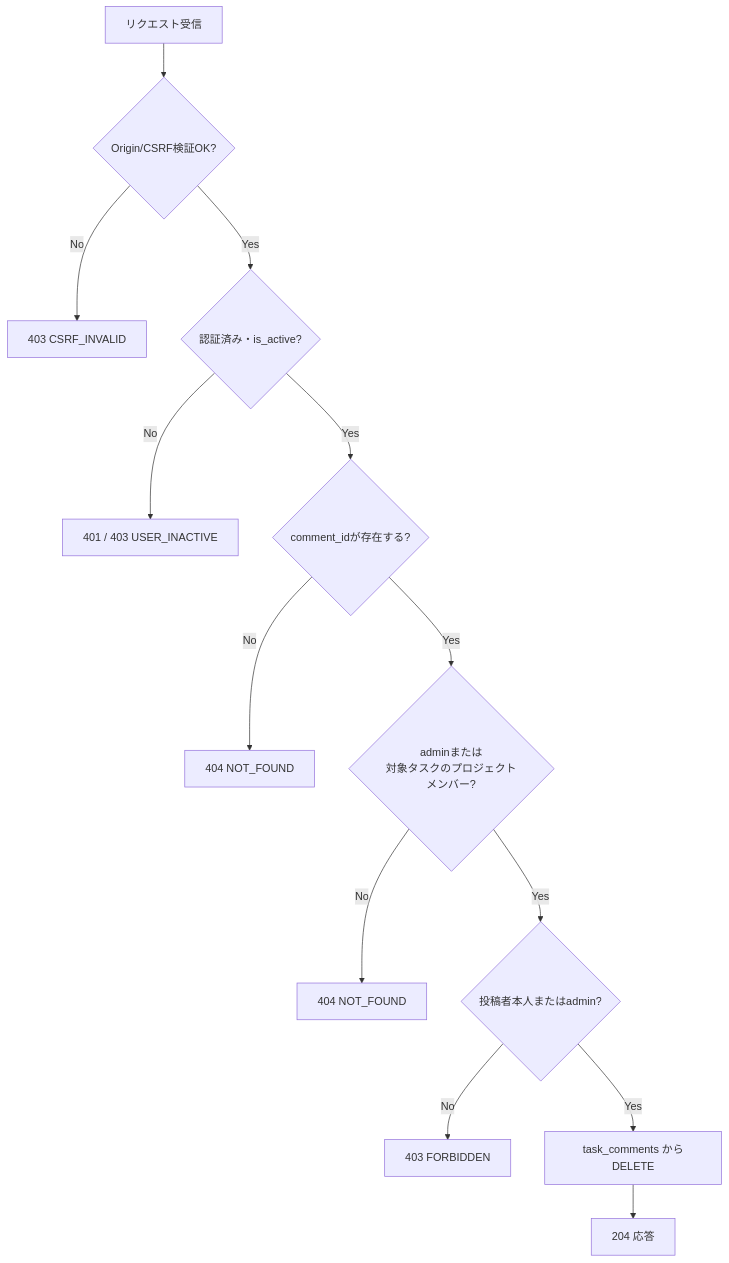
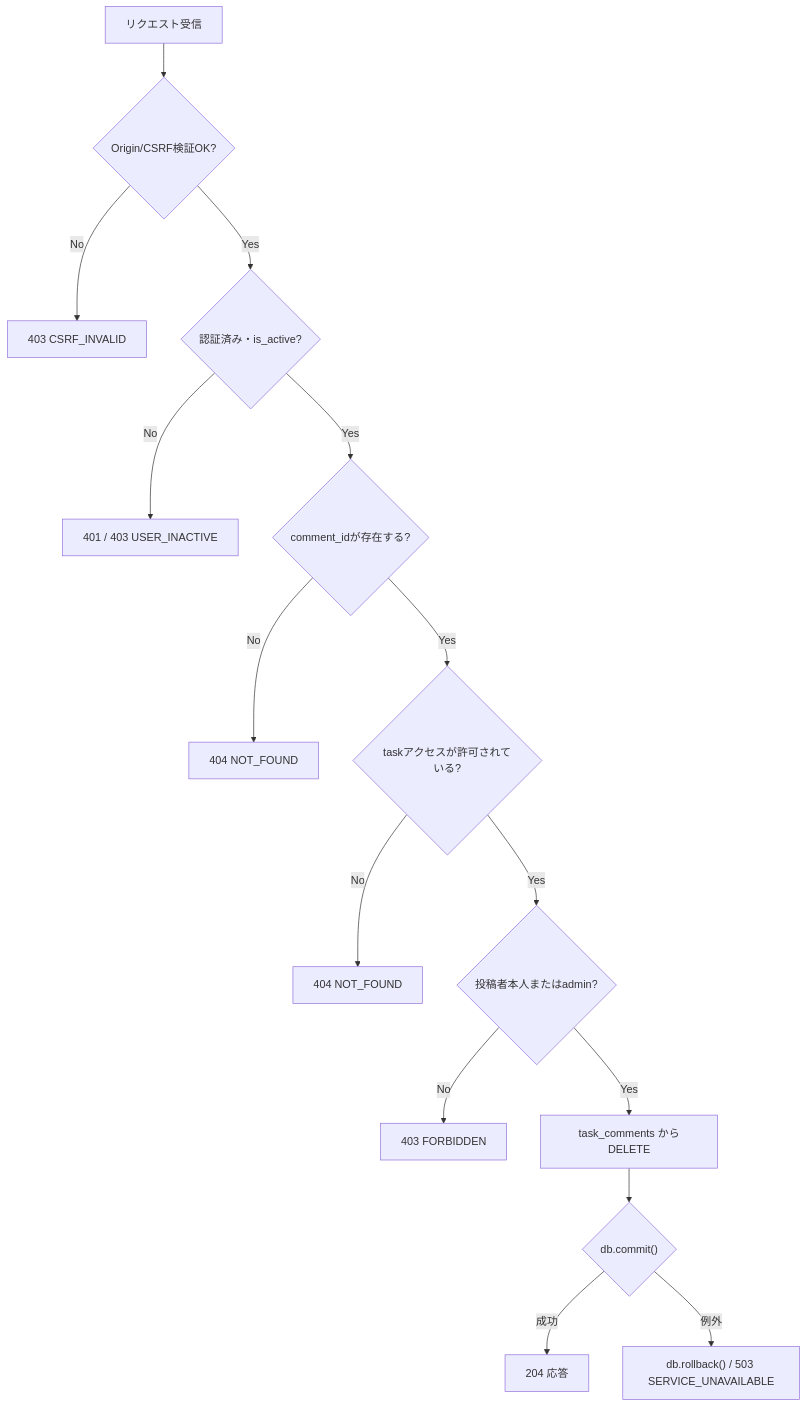
The second of 4 diagrams in docs/detailed_design/api/tasks/09_delete_comment.md (oikawa-d/task_management), drawn with Mermaid before and after one commit. The commit also changed other lines of this file and 2 other files, not shown here.

````diff
--- a/docs/detailed_design/api/tasks/09_delete_comment.md
+++ b/docs/detailed_design/api/tasks/09_delete_comment.md
@@ -123,15 +123,17 @@
 ```mermaid
 flowchart TB
     A["リクエスト受信"] --> B{"Origin/CSRF検証OK?"}
     B -->|"No"| B1["403 CSRF_INVALID"]
     B -->|"Yes"| C{"認証済み・is_active?"}
     C -->|"No"| C1["401 / 403 USER_INACTIVE"]
     C -->|"Yes"| D{"comment_idが存在する?"}
     D -->|"No"| D1["404 NOT_FOUND"]
-    D -->|"Yes"| E{"adminまたは<br/>対象タスクのプロジェクトメンバー?"}
+    D -->|"Yes"| E{"taskアクセスが許可されている?"}
     E -->|"No"| E1["404 NOT_FOUND"]
     E -->|"Yes"| F{"投稿者本人またはadmin?"}
     F -->|"No"| F1["403 FORBIDDEN"]
     F -->|"Yes"| G["task_comments からDELETE"]
-    G --> H["204 応答"]
+    G --> H{"db.commit()"}
+    H -->|"成功"| I["204 応答"]
+    H -->|"例外"| J["db.rollback() / 503 SERVICE_UNAVAILABLE"]
 ```
````
